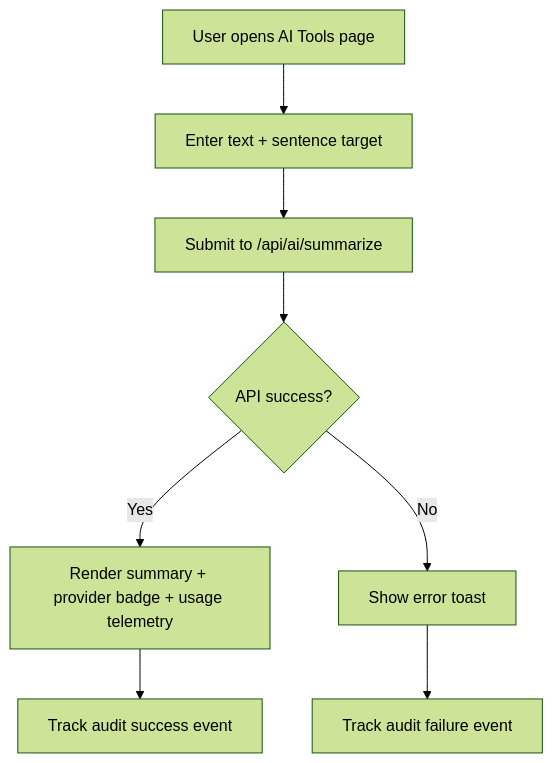
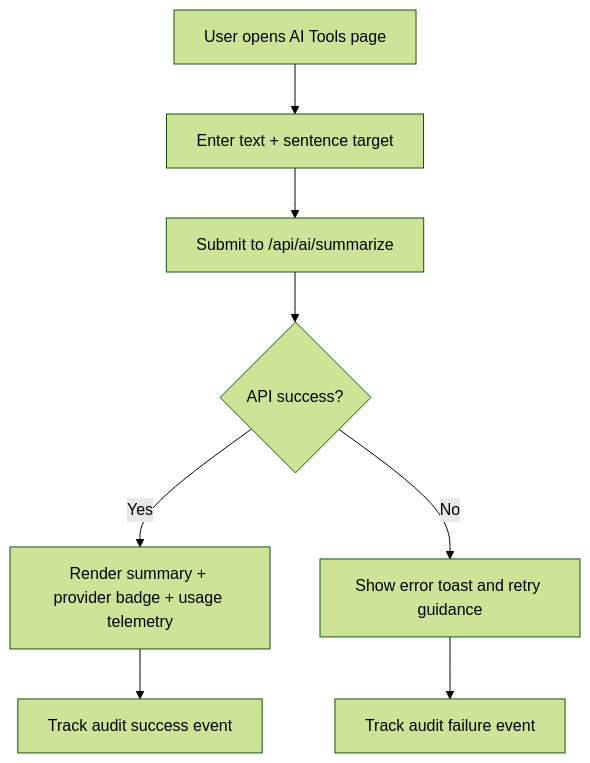
One commit to AmanVatsSharma/AiCloudStorage changed the diagram in app/components/ai/README.md. Above: the diagram before and after it, drawn with Mermaid (forest theme). The commit also changed other lines of this file and 6 other files, not shown here.

````diff
--- a/app/components/ai/README.md
+++ b/app/components/ai/README.md
@@ -18,10 +19,10 @@
 ```mermaid
 flowchart TD
   A[User opens AI Tools page] --> B[Enter text + sentence target]
   B --> C[Submit to /api/ai/summarize]
   C --> D{API success?}
   D -->|Yes| E[Render summary + provider badge + usage telemetry]
-  D -->|No| F[Show error toast]
+  D -->|No| F[Show error toast and retry guidance]
   E --> G[Track audit success event]
   F --> H[Track audit failure event]
 ```
````
